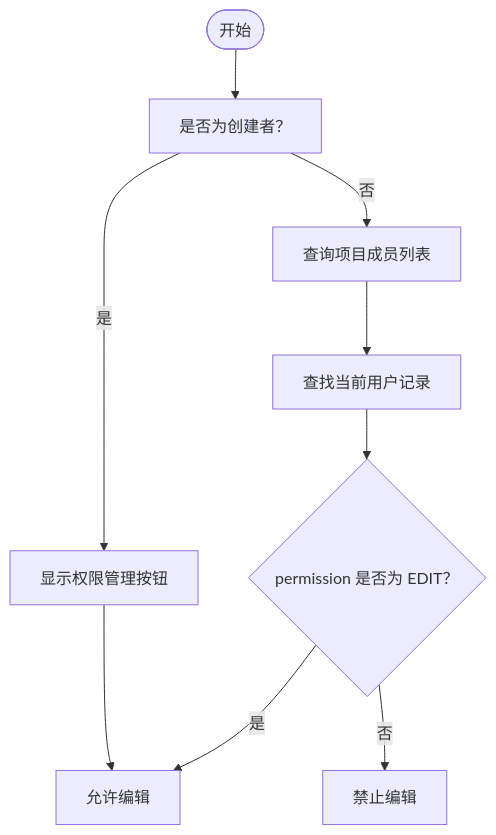
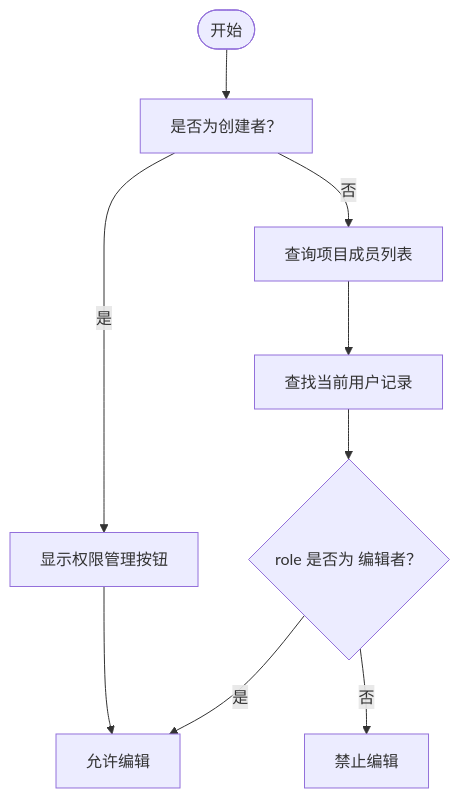
The third of 6 diagrams in .qoder/repowiki/zh/content/核心功能模块/协作功能/权限管理.md (3217741252tsl-collab/tudianersha), drawn with Mermaid before and after one commit. The commit also changed other lines of this file and 4 other files, not shown here.

````diff
--- a/.qoder/repowiki/zh/content/核心功能模块/协作功能/权限管理.md
+++ b/.qoder/repowiki/zh/content/核心功能模块/协作功能/权限管理.md
@@ -165,11 +152,11 @@
 ```mermaid
 flowchart TD
 Start(["开始"]) --> CheckCreator["是否为创建者？"]
 CheckCreator --> |是| ShowPM["显示权限管理按钮"]
 CheckCreator --> |否| FetchMembers["查询项目成员列表"]
 FetchMembers --> FindUser["查找当前用户记录"]
-FindUser --> IsEditor{"permission 是否为 EDIT？"}
+FindUser --> IsEditor{"role 是否为 编辑者？"}
 IsEditor --> |是| AllowEdit["允许编辑"]
 IsEditor --> |否| DenyEdit["禁止编辑"]
 ShowPM --> AllowEdit
 ```
````
